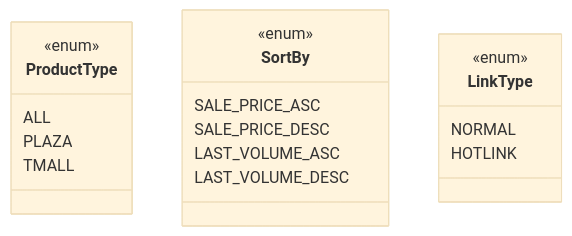
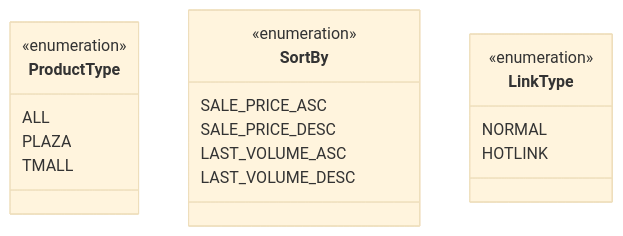
One commit to hypo69/hypo changed the second of 2 diagrams in docs/gemini/ru/explainer/src/suppliers/aliexpress/api/models/request_parameters.py.md. Above: the diagram before and after it, drawn with Mermaid (base theme). The commit also changed other lines of this file and 1505 other files, not shown here.

````diff
--- a/docs/gemini/ru/explainer/src/suppliers/aliexpress/api/models/request_parameters.py.md
+++ b/docs/gemini/ru/explainer/src/suppliers/aliexpress/api/models/request_parameters.py.md
@@ -47,22 +35,21 @@
 ```mermaid
 classDiagram
     class ProductType {
-        <<enum>>
+        <<enumeration>>
         ALL
         PLAZA
         TMALL
     }
     class SortBy {
-        <<enum>>
+        <<enumeration>>
         SALE_PRICE_ASC
         SALE_PRICE_DESC
         LAST_VOLUME_ASC
         LAST_VOLUME_DESC
     }
-    class LinkType {
-        <<enum>>
+   class LinkType {
+        <<enumeration>>
         NORMAL
         HOTLINK
     }
-    
 ```
````
